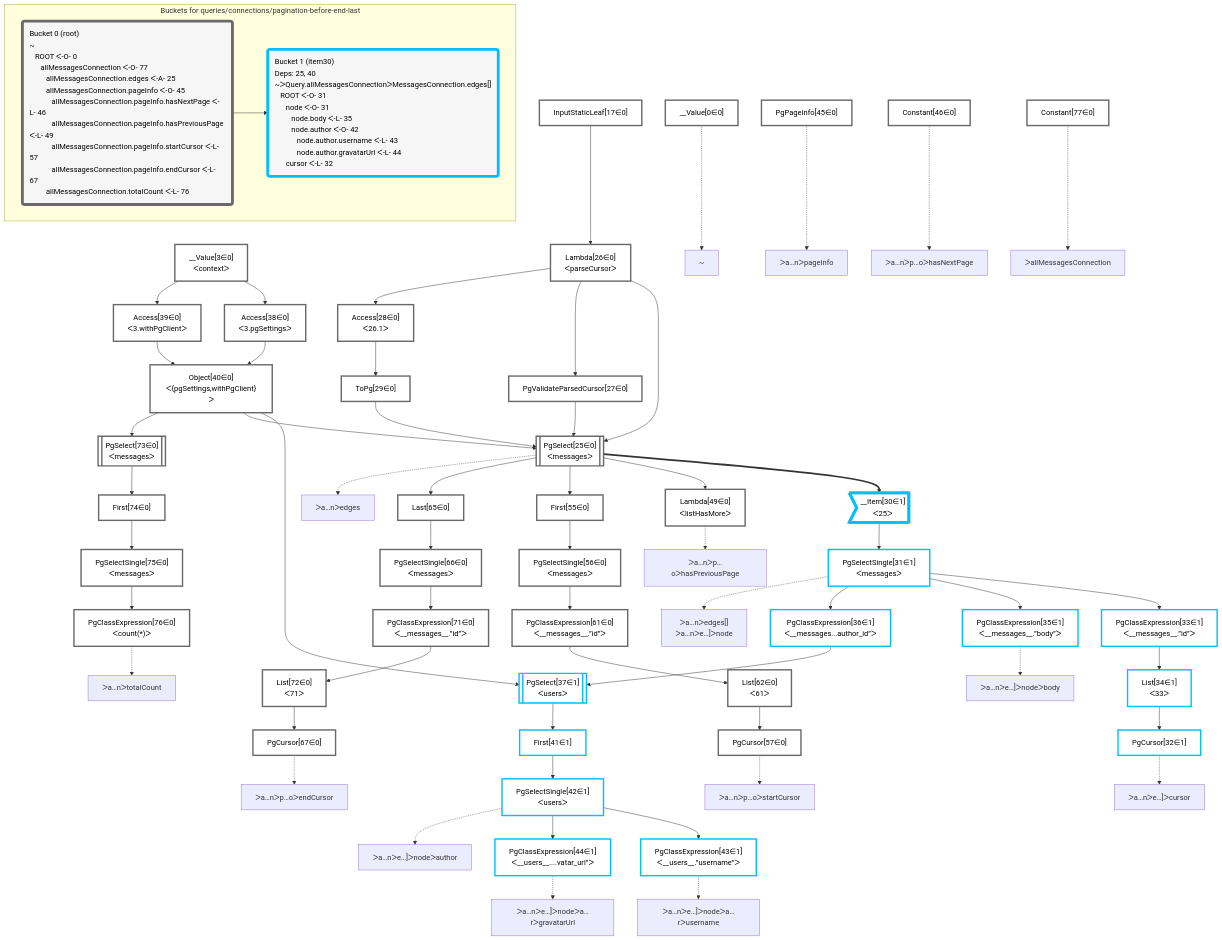
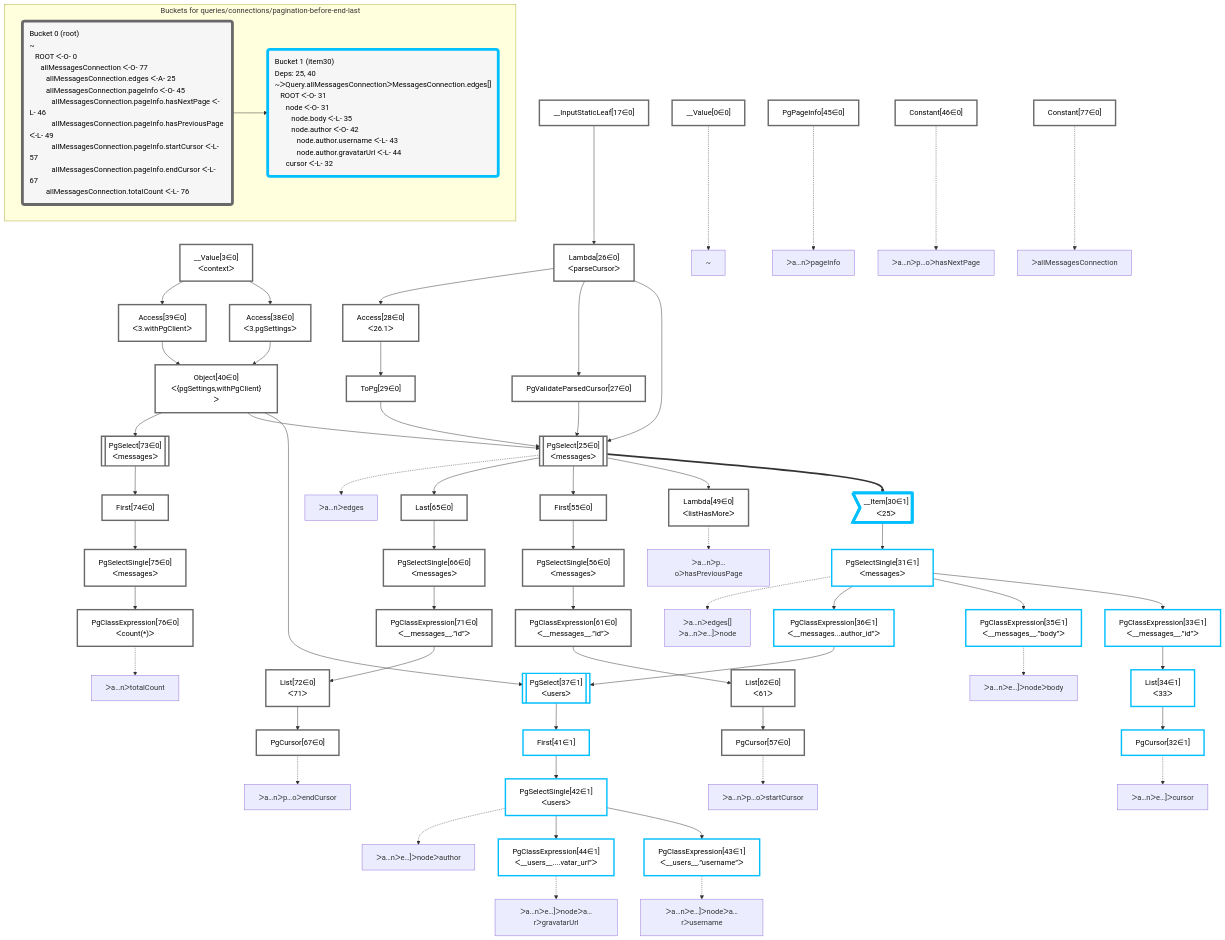
The diagram in packages/dataplan-pg/__tests__/queries/connections/pagination-before-end-last.deopt.mermaid.md (graphile/crystal), drawn with Mermaid before and after one commit. The commit also changed 79 other files, not shown here.

```diff
--- a/packages/dataplan-pg/__tests__/queries/connections/pagination-before-end-last.deopt.mermaid.md
+++ b/packages/dataplan-pg/__tests__/queries/connections/pagination-before-end-last.deopt.mermaid.md
@@ -45,7 +45,7 @@
     ToPg29["ToPg[29∈0]"]:::plan
     Access28["Access[28∈0]<br />ᐸ26.1ᐳ"]:::plan
     Lambda26["Lambda[26∈0]<br />ᐸparseCursorᐳ"]:::plan
-    InputStaticLeaf17["InputStaticLeaf[17∈0]"]:::plan
+    __InputStaticLeaf17["__InputStaticLeaf[17∈0]"]:::plan
     Constant77["Constant[77∈0]"]:::plan
     PgPageInfo45["PgPageInfo[45∈0]"]:::plan
     Constant46["Constant[46∈0]"]:::plan
@@ -85,7 +85,7 @@
     Lambda26 --> PgValidateParsedCursor27
     Access28 --> ToPg29
     Lambda26 --> Access28
-    InputStaticLeaf17 --> Lambda26
+    __InputStaticLeaf17 --> Lambda26
 
     %% plan-to-path relationships
     P0["~"]
@@ -122,7 +122,7 @@
     subgraph "Buckets for queries/connections/pagination-before-end-last"
     Bucket0("Bucket 0 (root)<br />~<br />⠀ROOT ᐸ-O- 0<br />⠀⠀allMessagesConnection ᐸ-O- 77<br />⠀⠀⠀allMessagesConnection.edges ᐸ-A- 25<br />⠀⠀⠀allMessagesConnection.pageInfo ᐸ-O- 45<br />⠀⠀⠀⠀allMessagesConnection.pageInfo.hasNextPage ᐸ-L- 46<br />⠀⠀⠀⠀allMessagesConnection.pageInfo.hasPreviousPage ᐸ-L- 49<br />⠀⠀⠀⠀allMessagesConnection.pageInfo.startCursor ᐸ-L- 57<br />⠀⠀⠀⠀allMessagesConnection.pageInfo.endCursor ᐸ-L- 67<br />⠀⠀⠀allMessagesConnection.totalCount ᐸ-L- 76"):::bucket
     classDef bucket0 stroke:#696969
-    class Bucket0,__Value0,__Value3,InputStaticLeaf17,PgSelect25,Lambda26,PgValidateParsedCursor27,Access28,ToPg29,Access38,Access39,Object40,PgPageInfo45,Constant46,Lambda49,First55,PgSelectSingle56,PgCursor57,PgClassExpression61,List62,Last65,PgSelectSingle66,PgCursor67,PgClassExpression71,List72,PgSelect73,First74,PgSelectSingle75,PgClassExpression76,Constant77 bucket0
+    class Bucket0,__Value0,__Value3,__InputStaticLeaf17,PgSelect25,Lambda26,PgValidateParsedCursor27,Access28,ToPg29,Access38,Access39,Object40,PgPageInfo45,Constant46,Lambda49,First55,PgSelectSingle56,PgCursor57,PgClassExpression61,List62,Last65,PgSelectSingle66,PgCursor67,PgClassExpression71,List72,PgSelect73,First74,PgSelectSingle75,PgClassExpression76,Constant77 bucket0
     Bucket1("Bucket 1 (item30)<br />Deps: 25, 40<br />~ᐳQuery.allMessagesConnectionᐳMessagesConnection.edges[]<br />⠀ROOT ᐸ-O- 31<br />⠀⠀node ᐸ-O- 31<br />⠀⠀⠀node.body ᐸ-L- 35<br />⠀⠀⠀node.author ᐸ-O- 42<br />⠀⠀⠀⠀node.author.username ᐸ-L- 43<br />⠀⠀⠀⠀node.author.gravatarUrl ᐸ-L- 44<br />⠀⠀cursor ᐸ-L- 32"):::bucket
     classDef bucket1 stroke:#00bfff
     class Bucket1,__Item30,PgSelectSingle31,PgCursor32,PgClassExpression33,List34,PgClassExpression35,PgClassExpression36,PgSelect37,First41,PgSelectSingle42,PgClassExpression43,PgClassExpression44 bucket1
```
